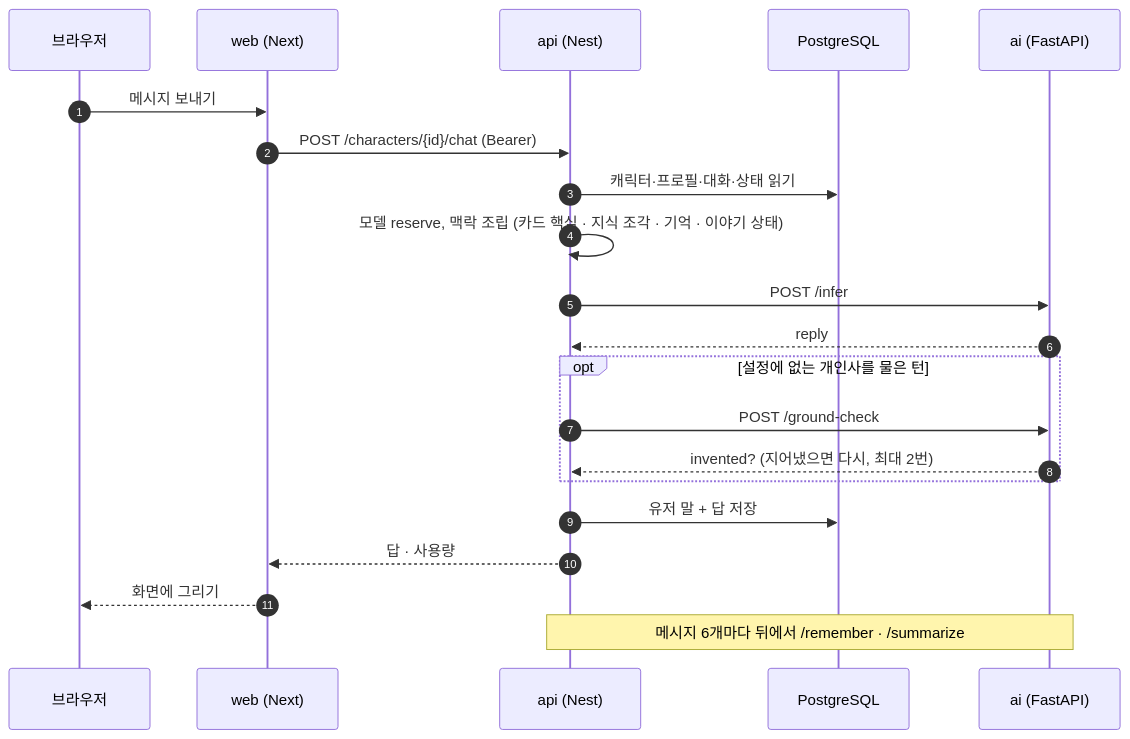
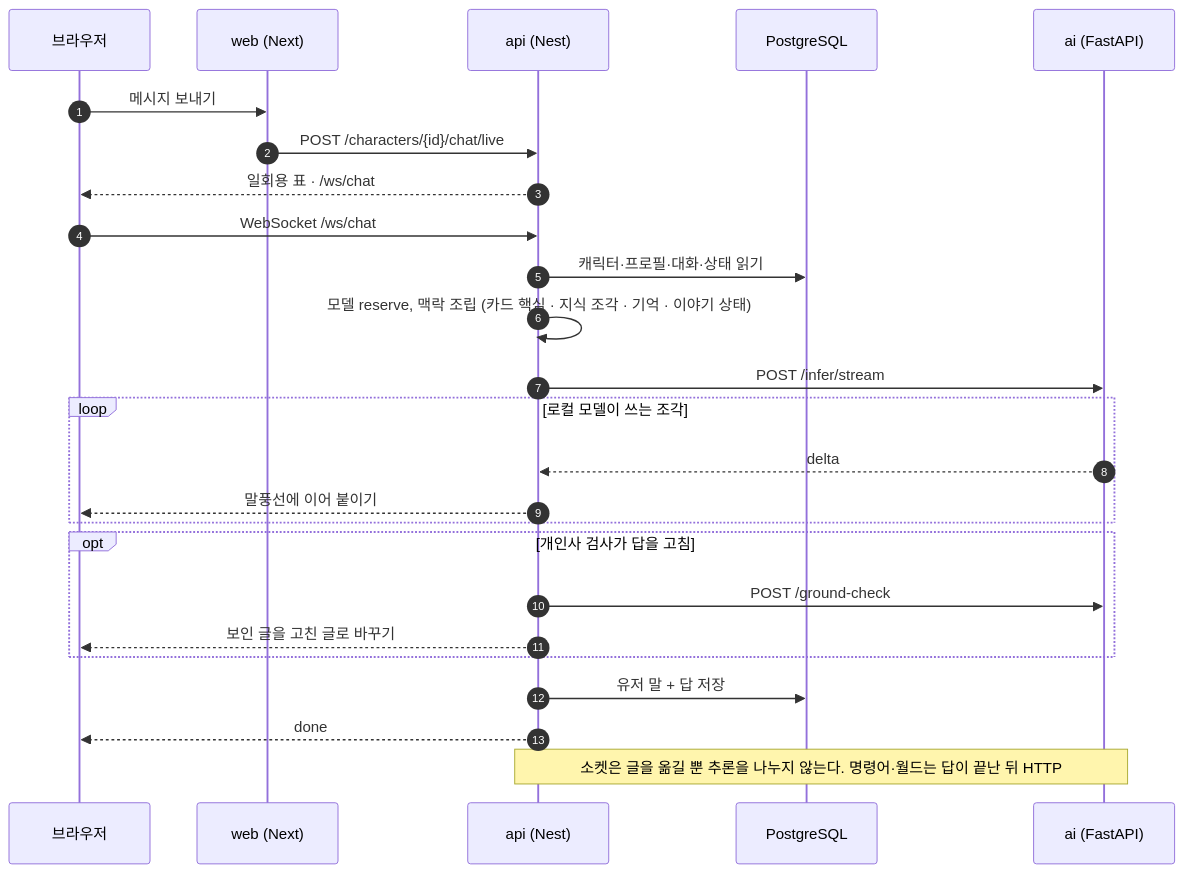
Before and after one commit to samam0234/CodiComperChat: the second of 4 diagrams in apps/web/README.md, drawn with Mermaid. The commit also changed other lines of this file and 36 other files, not shown here.

````diff
--- a/apps/web/README.md
+++ b/apps/web/README.md
@@ -50,23 +50,27 @@
 ```mermaid
 sequenceDiagram
   autonumber
   participant B as 브라우저
   participant W as web (Next)
   participant N as api (Nest)
   participant D as PostgreSQL
   participant A as ai (FastAPI)
   B->>W: 메시지 보내기
-  W->>N: POST /characters/{id}/chat (Bearer)
+  W->>N: POST /characters/{id}/chat/live
+  N-->>B: 일회용 표 · /ws/chat
+  B->>N: WebSocket /ws/chat
   N->>D: 캐릭터·프로필·대화·상태 읽기
   N->>N: 모델 reserve, 맥락 조립 (카드 핵심 · 지식 조각 · 기억 · 이야기 상태)
-  N->>A: POST /infer
-  A-->>N: reply
-  opt 설정에 없는 개인사를 물은 턴
+  N->>A: POST /infer/stream
+  loop 로컬 모델이 쓰는 조각
+    A-->>N: delta
+    N-->>B: 말풍선에 이어 붙이기
+  end
+  opt 개인사 검사가 답을 고침
     N->>A: POST /ground-check
-    A-->>N: invented? (지어냈으면 다시, 최대 2번)
+    N-->>B: 보인 글을 고친 글로 바꾸기
   end
   N->>D: 유저 말 + 답 저장
-  N-->>W: 답 · 사용량
-  W-->>B: 화면에 그리기
-  Note over N,A: 메시지 6개마다 뒤에서 /remember · /summarize
+  N-->>B: done
+  Note over N,A: 소켓은 글을 옮길 뿐 추론을 나누지 않는다. 명령어·월드는 답이 끝난 뒤 HTTP
 ```
````
